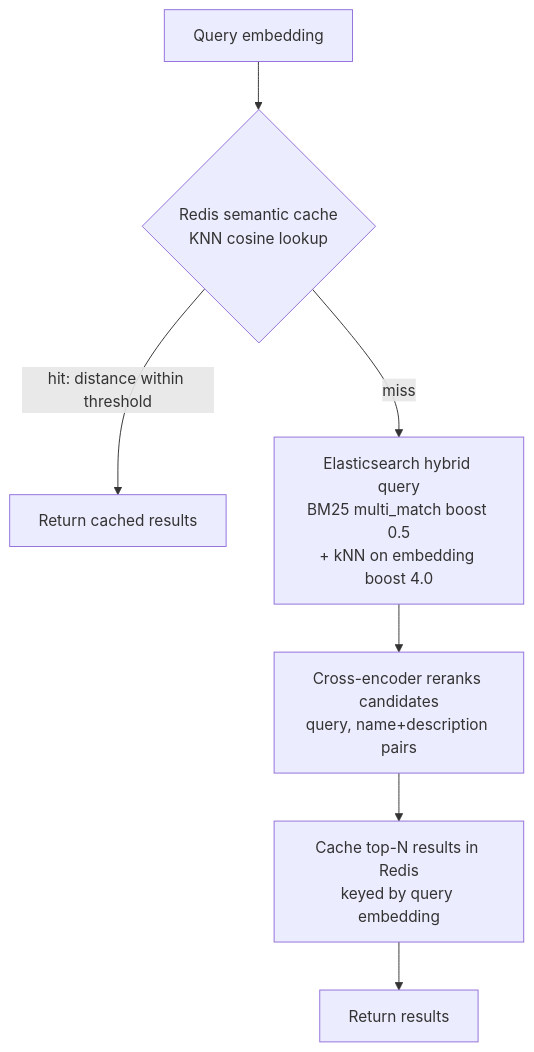
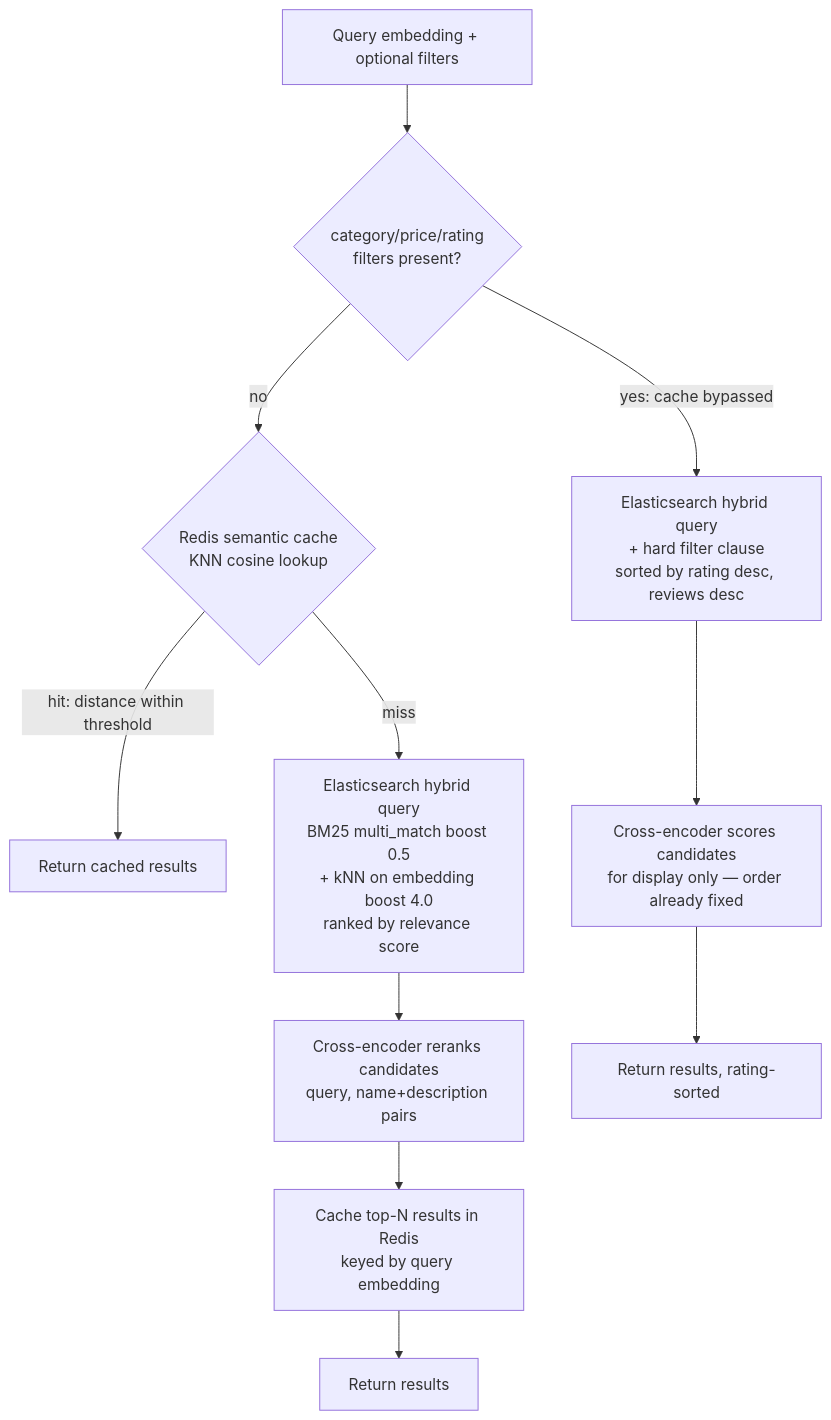
Before and after one commit to miggle711/gdg-mum-langchain-project: the second of 3 diagrams in README.md, drawn with Mermaid. The commit also changed other lines of this file and 10 other files, not shown here.

First line of the commit message:
feat(graph): merge product_search/product_details, add hard-filter search support for #57

````diff
--- a/README.md
+++ b/README.md
@@ -82,9 +79,13 @@
 ```mermaid
 flowchart TD
-    Q[Query embedding] --> C{Redis semantic cache<br/>KNN cosine lookup}
+    Q[Query embedding + optional filters] --> F{category/price/rating<br/>filters present?}
+    F -->|no| C{Redis semantic cache<br/>KNN cosine lookup}
     C -->|hit: distance within threshold| R1[Return cached results]
-    C -->|miss| ES[Elasticsearch hybrid query<br/>BM25 multi_match boost 0.5<br/>+ kNN on embedding boost 4.0]
-    ES --> CE[Cross-encoder reranks candidates<br/>query, name+description pairs]
+    C -->|miss| ES1[Elasticsearch hybrid query<br/>BM25 multi_match boost 0.5<br/>+ kNN on embedding boost 4.0<br/>ranked by relevance score]
+    F -->|yes: cache bypassed| ES2[Elasticsearch hybrid query<br/>+ hard filter clause<br/>sorted by rating desc, reviews desc]
+    ES1 --> CE[Cross-encoder reranks candidates<br/>query, name+description pairs]
+    ES2 --> CE2[Cross-encoder scores candidates<br/>for display only — order already fixed]
     CE --> Cache[Cache top-N results in Redis<br/>keyed by query embedding]
     Cache --> R2[Return results]
+    CE2 --> R3[Return results, rating-sorted]
 ```
````
